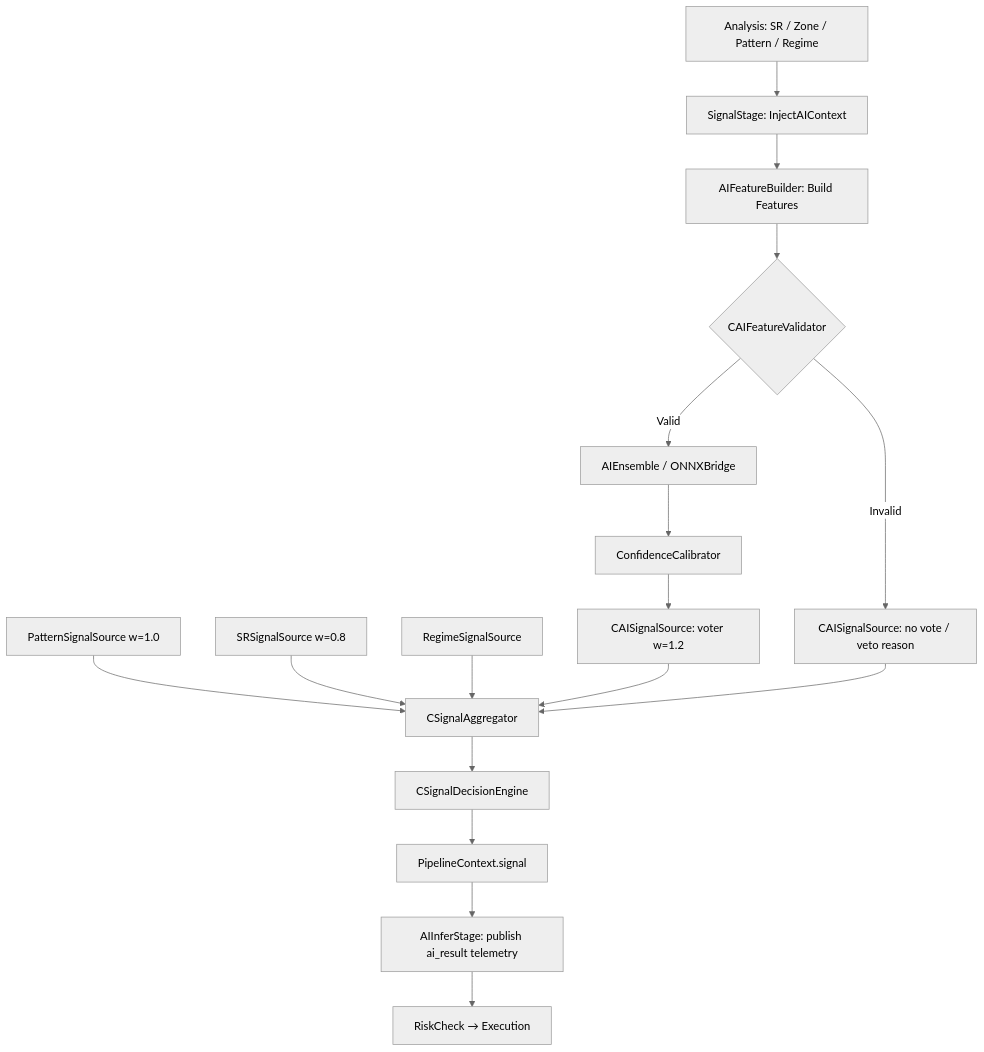
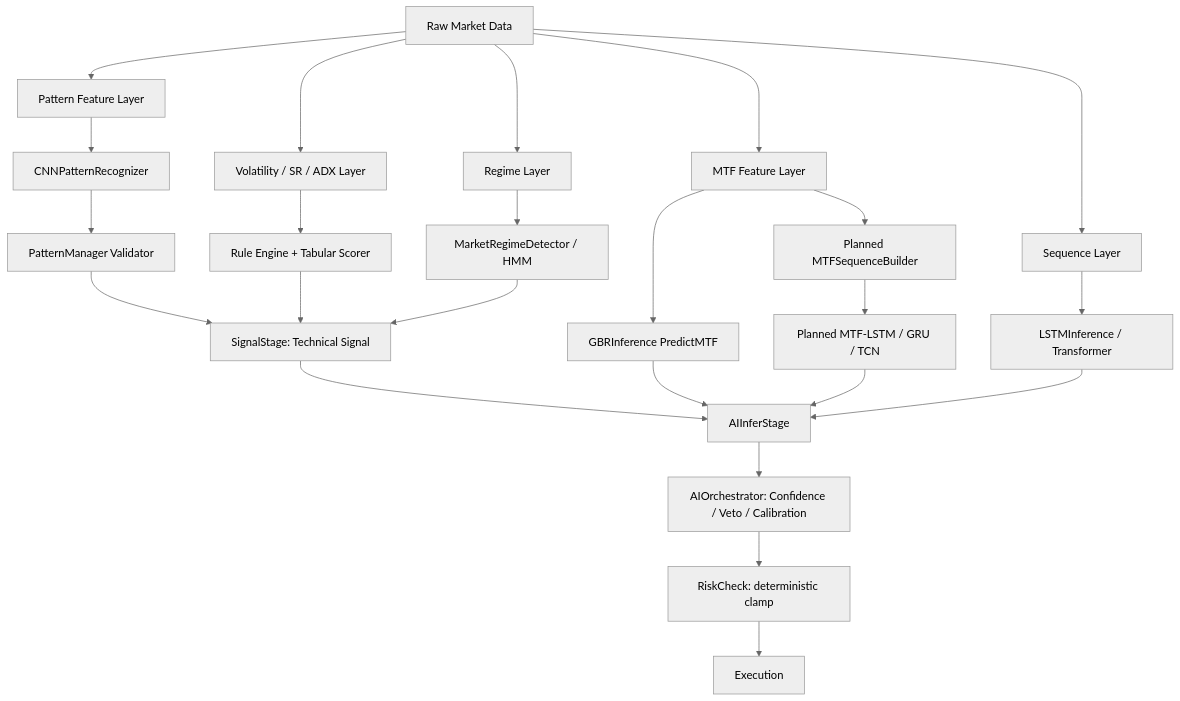
Before and after one commit to sakuninfinix-svg/MQL5: the first of 2 diagrams in Include/PASR/docs/Artificial_Inteligent_Development.md, drawn with Mermaid (neutral theme). The commit also changed other lines of this file, not shown here.

Commit message:
docs(ai): update data-type based AI architecture

````diff
--- a/Include/PASR/docs/Artificial_Inteligent_Development.md
+++ b/Include/PASR/docs/Artificial_Inteligent_Development.md
@@ -109,19 +101,32 @@
 ```mermaid
 flowchart TD
-    A[Analysis: SR / Zone / Pattern / Regime] --> B[SignalStage: InjectAIContext]
-    B --> C[AIFeatureBuilder: Build Features]
-    C --> D{CAIFeatureValidator}
-    D -- Invalid --> E[CAISignalSource: no vote / veto reason]
-    D -- Valid --> F[AIEnsemble / ONNXBridge]
-    F --> G[ConfidenceCalibrator]
-    G --> H[CAISignalSource: voter w=1.2]
-    I[PatternSignalSource w=1.0] --> J[CSignalAggregator]
-    K[SRSignalSource w=0.8] --> J
-    L[RegimeSignalSource] --> J
-    H --> J
-    E --> J
-    J --> M[CSignalDecisionEngine]
-    M --> N[PipelineContext.signal]
-    N --> O[AIInferStage: publish ai_result telemetry]
-    O --> P[RiskCheck → Execution]
+    A[Raw Market Data] --> B1[Pattern Feature Layer]
+    A --> B2[MTF Feature Layer]
+    A --> B3[Volatility / SR / ADX Layer]
+    A --> B4[Regime Layer]
+    A --> B5[Sequence Layer]
+
+    B1 --> C1[CNNPatternRecognizer]
+    C1 --> D1[PatternManager Validator]
+
+    B2 --> C2[GBRInference PredictMTF]
+    B2 --> C3[Planned MTFSequenceBuilder]
+    C3 --> C4[Planned MTF-LSTM / GRU / TCN]
+
+    B3 --> D2[Rule Engine + Tabular Scorer]
+    B4 --> D3[MarketRegimeDetector / HMM]
+    B5 --> D4[LSTMInference / Transformer]
+
+    D1 --> E[SignalStage: Technical Signal]
+    D2 --> E
+    D3 --> E
+
+    E --> F[AIInferStage]
+    C2 --> F
+    C4 --> F
+    D4 --> F
+
+    F --> G[AIOrchestrator: Confidence / Veto / Calibration]
+    G --> H[RiskCheck: deterministic clamp]
+    H --> I[Execution]
 ```
````
